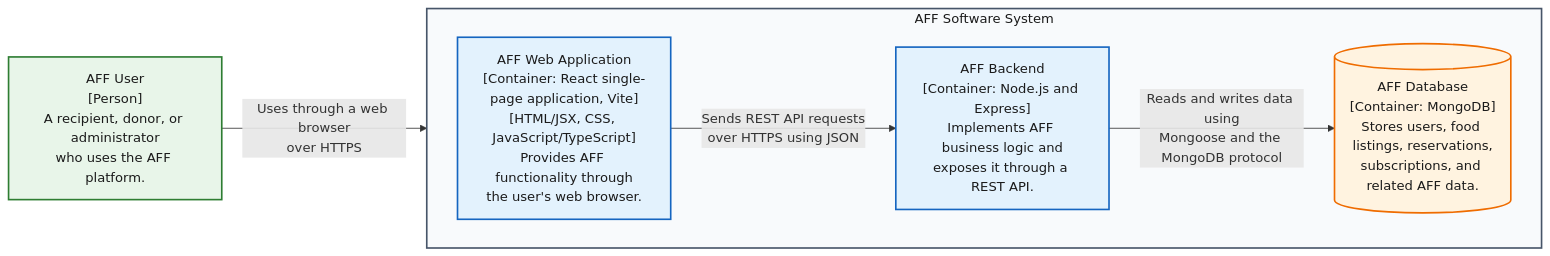
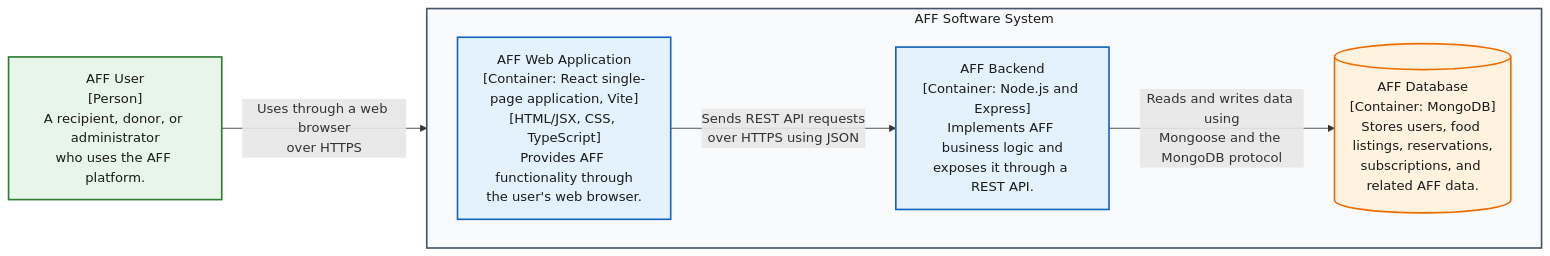
Before and after one commit to 2026B-FullStackDevelopment/aff: the diagram in docs/container-diagram.md, drawn with Mermaid.

Commit message:
Update container diagram spelling

````diff
--- a/docs/container-diagram.md
+++ b/docs/container-diagram.md
@@ -5,25 +5,25 @@
 ```mermaid
 %%{init: {"flowchart": {"curve": "linear"}}}%%
 flowchart LR
   user["AFF User<br/>[Person]<br/>A recipient, donor, or administrator<br/>who uses the AFF platform."]
 
   subgraph aff["AFF Software System"]
     direction LR
-    web["AFF Web Application<br/>[Container: React single-page application, Vite]<br/>[HTML/JSX, CSS, JavaScript/TypeScript]<br/>Provides AFF functionality through<br/>the user's web browser."]
+    web["AFF Web Application<br/>[Container: React single-page application, Vite]<br/>[HTML/JSX, CSS, TypeScript]<br/>Provides AFF functionality through<br/>the user's web browser."]
     backend["AFF Backend<br/>[Container: Node.js and Express]<br/>Implements AFF business logic and<br/>exposes it through a REST API."]
     database[("AFF Database<br/>[Container: MongoDB]<br/>Stores users, food listings, reservations,<br/>subscriptions, and related AFF data.")]
 
     web -->|"Sends REST API requests<br/>over HTTPS using JSON"| backend
     backend -->|"Reads and writes data using<br/>Mongoose and the MongoDB protocol"| database
   end
 
   user -->|"Uses through a web browser<br/>over HTTPS"| web
 
   classDef person fill:#E8F5E9,stroke:#2E7D32,color:#1B1B1B,stroke-width:2px;
   classDef application fill:#E3F2FD,stroke:#1565C0,color:#1B1B1B,stroke-width:2px;
   classDef dataStore fill:#FFF3E0,stroke:#EF6C00,color:#1B1B1B,stroke-width:2px;
   class user person;
   class web,backend application;
   class database dataStore;
   style aff fill:#F8FAFC,stroke:#475569,color:#1B1B1B,stroke-width:2px;
 ```
````
